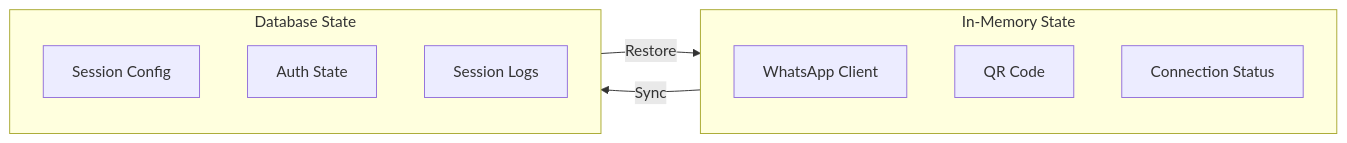
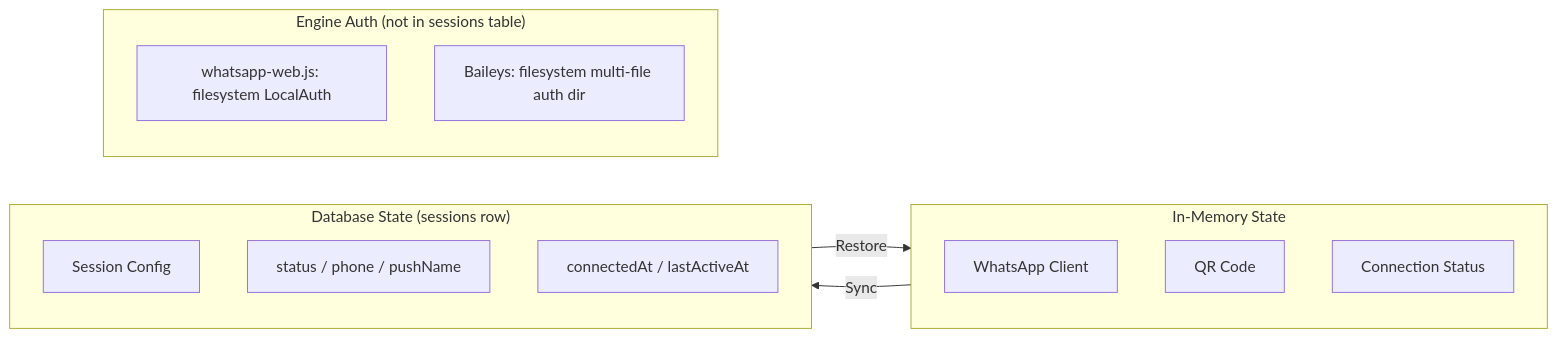
Before and after one commit to suryansh-business-work/duncit-all: the fourth of 4 diagrams in portals/crm/open-wa-server/docs/05-database-design.md, drawn with Mermaid. The commit also changed other lines of this file and 2547 other files, not shown here.

````diff
--- a/portals/crm/open-wa-server/docs/05-database-design.md
+++ b/portals/crm/open-wa-server/docs/05-database-design.md
@@ -850,17 +871,22 @@
 ```mermaid
 flowchart LR
     subgraph Memory["In-Memory State"]
         WA[WhatsApp Client]
         QR[QR Code]
         CONN[Connection Status]
     end
 
-    subgraph Persistent["Database State"]
+    subgraph Persistent["Database State (sessions row)"]
         CONFIG[Session Config]
-        AUTH[Auth State]
-        LOGS[Session Logs]
+        META[status / phone / pushName]
+        TS[connectedAt / lastActiveAt]
+    end
+
+    subgraph FS["Engine Auth (not in sessions table)"]
+        FSAUTH[whatsapp-web.js: filesystem LocalAuth]
+        BAUTH[Baileys: filesystem multi-file auth dir]
     end
 
     Memory -->|Sync| Persistent
     Persistent -->|Restore| Memory
 ```
````
